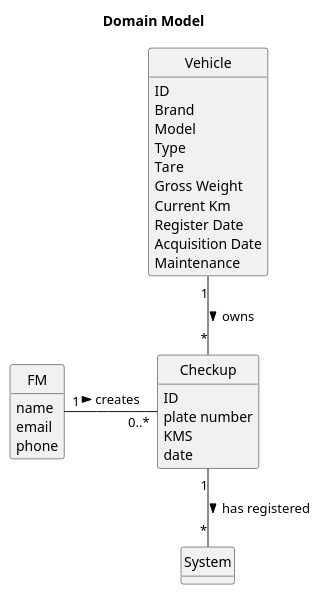
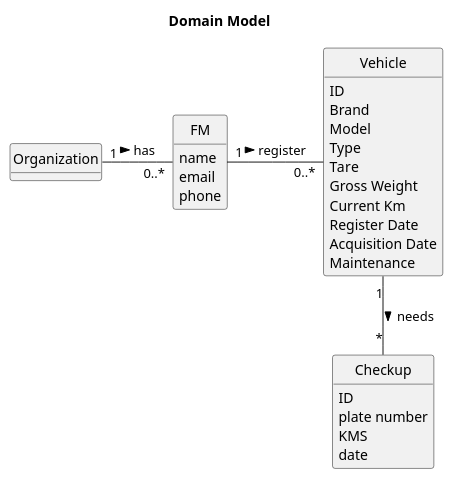
The diagram in docs/sprintA/us007/02.analysis/puml/us007-domain-model.puml (daniel41silva05/ISEP_2023_2024_LAPR2), drawn with PlantUML before and after one commit. The commit also changed 3 other files, not shown here.

```diff
--- a/docs/sprintA/us007/02.analysis/puml/us007-domain-model.puml
+++ b/docs/sprintA/us007/02.analysis/puml/us007-domain-model.puml
@@ -1,45 +1,45 @@
     @startuml
 skinparam monochrome true
 skinparam packageStyle rectangle
 skinparam shadowing false
 
 'left to right direction
 
 skinparam classAttributeIconSize 0
 
 hide circle
 hide methods
 
 title Domain Model
 
 class FM {
     name
     email
     phone
 }
 
 class Checkup {
     ID
     plate number
      KMS
      date
 }
 
 class Vehicle {
     ID
     Brand
     Model
     Type
     Tare
     Gross Weight
     Current Km
     Register Date
     Acquisition Date
     Maintenance
 }
 
-FM "1" - "0..*" Checkup : creates >
-Vehicle "1" -- "*" Checkup : owns >
-Checkup "1" -- "*" System : has registered >
+Organization "1" - "0..*" FM : has >
+FM "1" - "0..*" Vehicle : register >
+Vehicle "1" -- "*" Checkup : needs >
 
 @enduml
```
